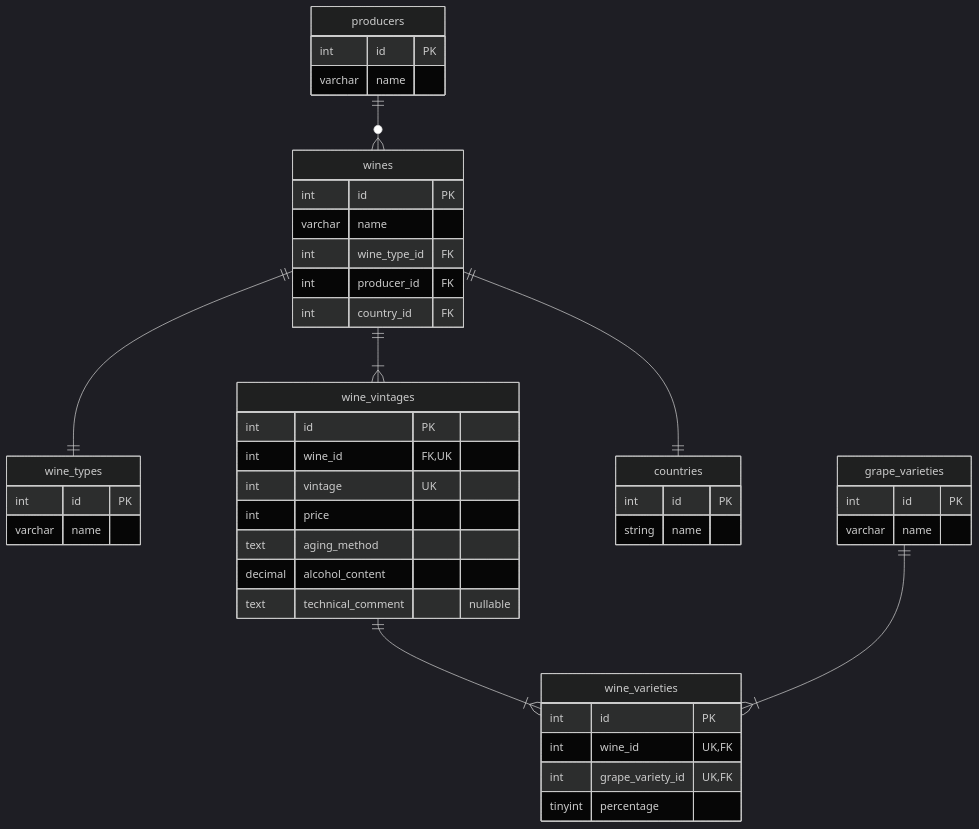
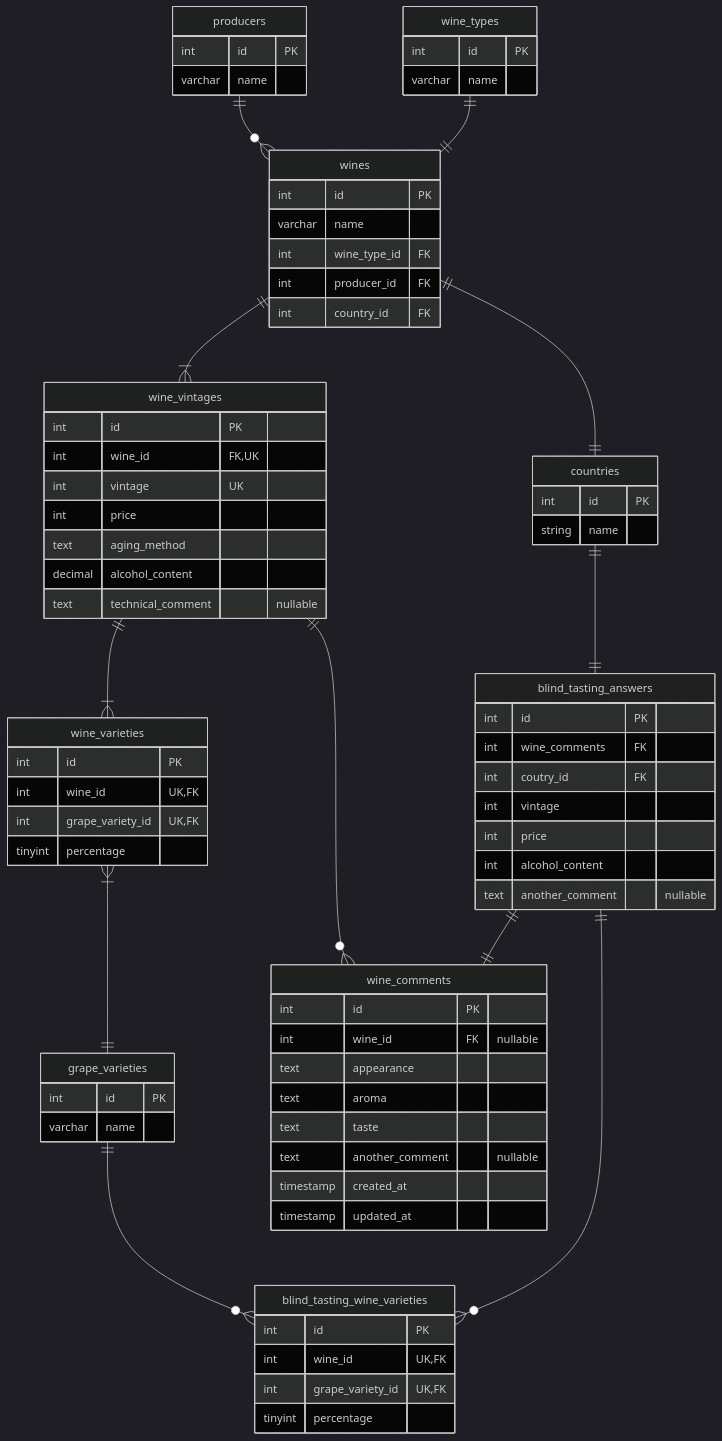
One commit to cork03/tastingNote changed the diagram in api/architecture/er.md. Above: the diagram before and after it, drawn with Mermaid (dark theme). The commit also changed 3 other files, not shown here.

````diff
--- a/api/architecture/er.md
+++ b/api/architecture/er.md
@@ -45,11 +45,44 @@
         varchar name
     }
     
+    wine_comments {
+        int id PK
+        int wine_id FK "nullable"
+        text appearance
+        text aroma
+        text taste
+        text another_comment "nullable"
+        timestamp created_at
+        timestamp updated_at
+    }
+    
+    blind_tasting_answers {
+        int id PK
+        int wine_comments FK
+        int coutry_id FK
+        int vintage
+        int price
+        int alcohol_content
+        text another_comment "nullable"
+    }
+
+    blind_tasting_wine_varieties {
+        int id PK
+        int wine_id UK,FK
+        int grape_variety_id UK,FK
+        tinyint percentage
+    }
+    
     
     producers ||--o{ wines : ""
     wines ||--|{ wine_vintages : ""
     wines ||--|| countries : ""
     wine_vintages ||--|{ wine_varieties : ""
-    grape_varieties ||--|{ wine_varieties : ""
-    wines ||--|| wine_types : ""
+    wine_varieties }|--|| grape_varieties : ""
+    wine_types ||--|| wines : ""
+    wine_vintages ||--o{ wine_comments : ""
+    countries ||--|| blind_tasting_answers : ""
+    blind_tasting_answers ||--|| wine_comments : ""
+    blind_tasting_answers ||--o{ blind_tasting_wine_varieties : ""
+    grape_varieties ||--o{ blind_tasting_wine_varieties : ""
 ```
````
